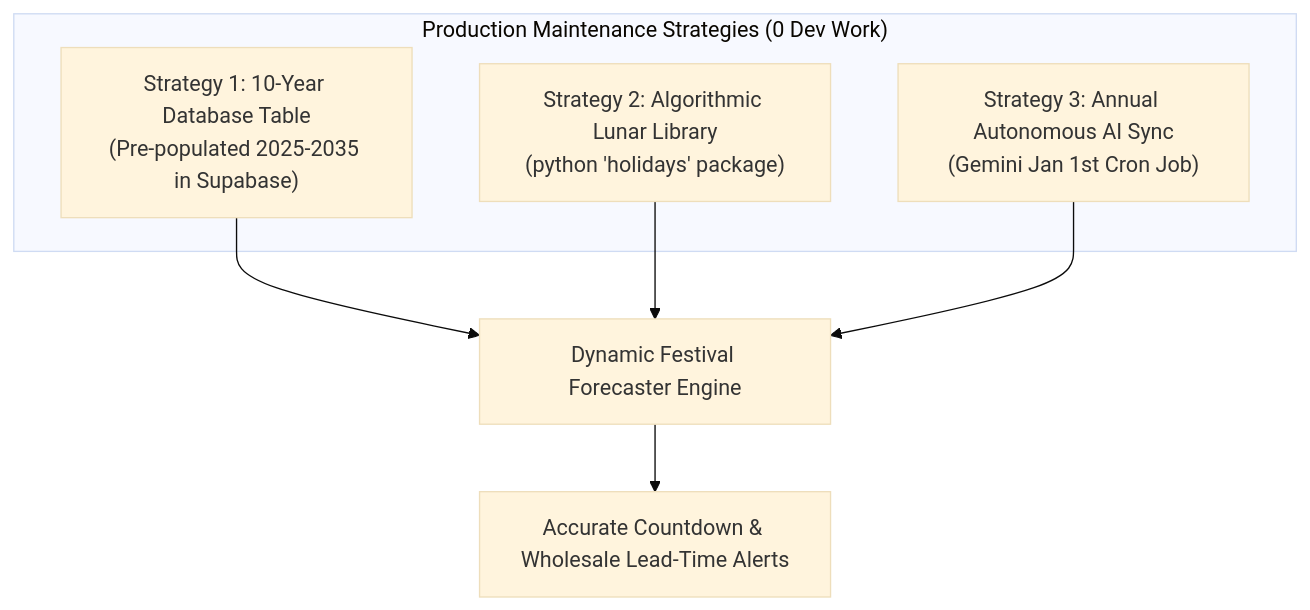
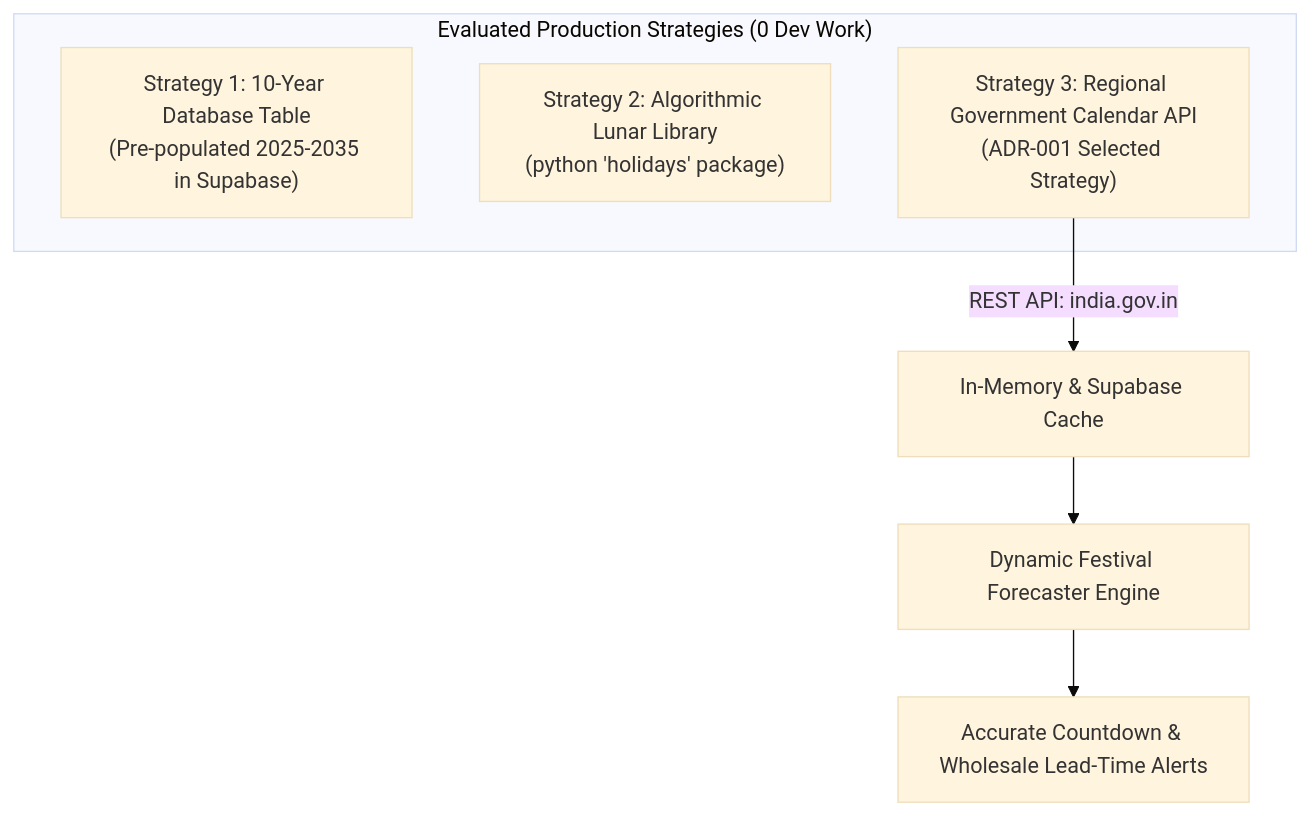
One commit to Ketan-Pal/kirana-analytics changed the diagram in festival_calendar_maintenance_architecture.md. Above: the diagram before and after it, drawn with Mermaid (base theme). The commit also changed other lines of this file and 14 other files, not shown here.

Commit message:
feat: production cold-start hardening, ADR-001 calendar sync, and keyless festival trend crawler (v0.0.5)

````diff
--- a/festival_calendar_maintenance_architecture.md
+++ b/festival_calendar_maintenance_architecture.md
@@ -30,14 +30,13 @@
 ```mermaid
 flowchart TD
-    subgraph Zero_Dev_Strategies["Production Maintenance Strategies (0 Dev Work)"]
+    subgraph Zero_Dev_Strategies["Evaluated Production Strategies (0 Dev Work)"]
         S1["Strategy 1: 10-Year Database Table<br/>(Pre-populated 2025-2035 in Supabase)"]
         S2["Strategy 2: Algorithmic Lunar Library<br/>(python 'holidays' package)"]
-        S3["Strategy 3: Annual Autonomous AI Sync<br/>(Gemini Jan 1st Cron Job)"]
+        S3["Strategy 3: Regional Government Calendar API<br/>(ADR-001 Selected Strategy)"]
     end
 
-    S1 --> Engine["Dynamic Festival Forecaster Engine"]
-    S2 --> Engine
-    S3 --> Engine
+    S3 -->|"REST API: india.gov.in"| Cache["In-Memory & Supabase Cache"]
+    Cache --> Engine["Dynamic Festival Forecaster Engine"]
 
     Engine --> Out["Accurate Countdown & Wholesale Lead-Time Alerts"]
 ```
````
